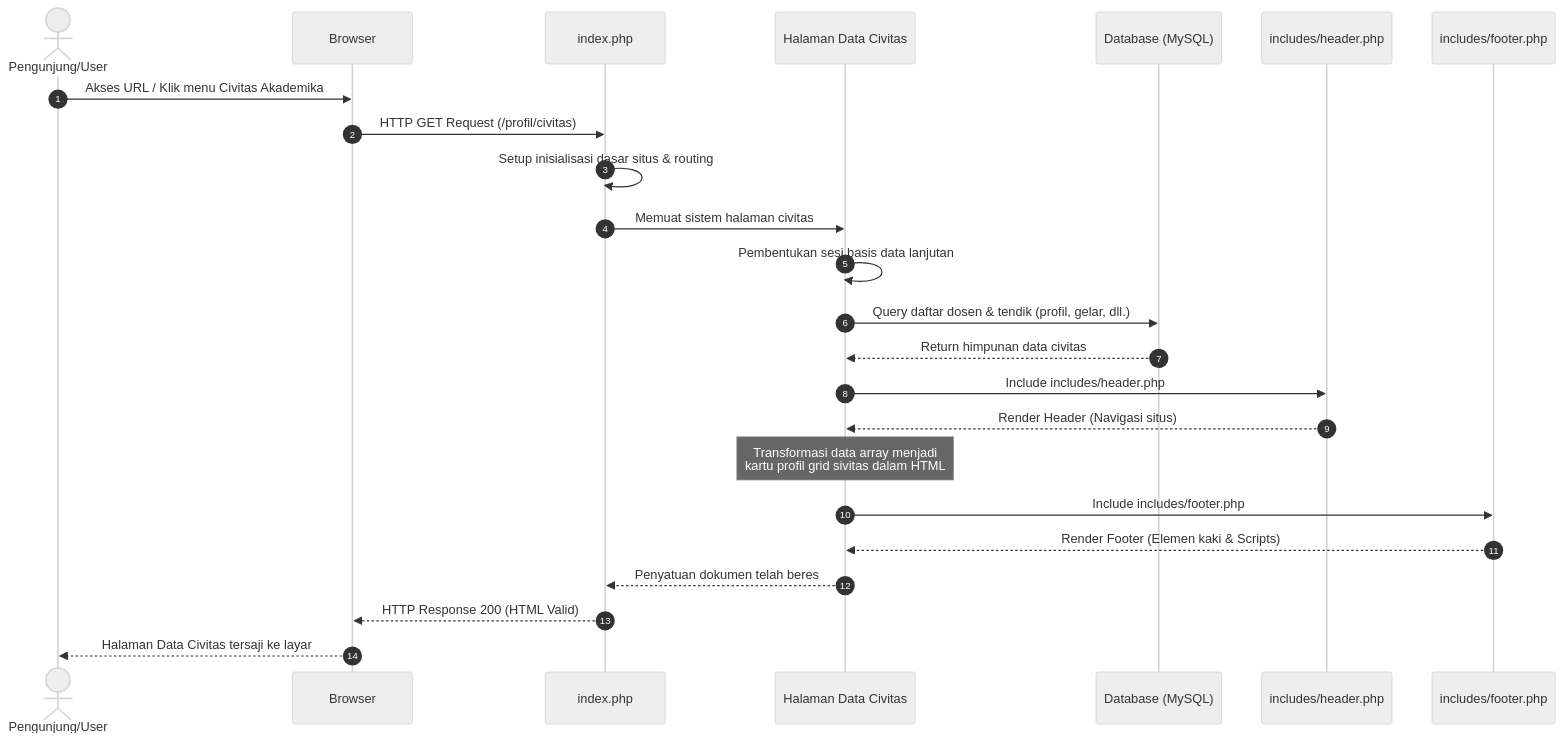
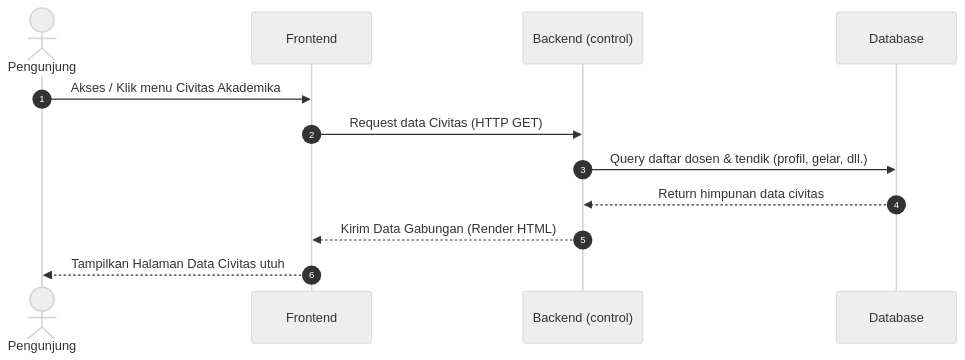
One commit to arbain-dev/Web_fikom changed the second of 5 diagrams in docs/kumpulan_sequence_frontend.md. Above: the diagram before and after it, drawn with Mermaid (neutral theme). The commit also changed other lines of this file and 1 other file, not shown here.

Commit message:
docs: standardisasi arsitektur 3 tier (Frontend, Backend, DB) pada seluruh sequence diagram backend

````diff
--- a/docs/kumpulan_sequence_frontend.md
+++ b/docs/kumpulan_sequence_frontend.md
@@ -27,35 +27,18 @@
 ```mermaid
 sequenceDiagram
     autonumber
     
-    actor User as Pengunjung/User
-    participant Browser
-    participant Index as index.php
-    participant Page as Halaman Data Civitas
-    participant DB as Database (MySQL)
-    participant Header as includes/header.php
-    participant Footer as includes/footer.php
+    actor User as Pengunjung
+    participant Frontend
+    participant Backend as Backend (control)
+    participant DB as Database
 
-    User->>Browser: Akses URL / Klik menu Civitas Akademika
-    Browser->>Index: HTTP GET Request (/profil/civitas)
+    User->>Frontend: Akses / Klik menu Civitas Akademika
+    Frontend->>Backend: Request data Civitas (HTTP GET)
     
-    Index->>Index: Setup inisialisasi dasar situs & routing
-    Index->>Page: Memuat sistem halaman civitas
+    Backend->>DB: Query daftar dosen & tendik (profil, gelar, dll.)
+    DB-->>Backend: Return himpunan data civitas
     
-    Page->>Page: Pembentukan sesi basis data lanjutan
-    
-    Page->>DB: Query daftar dosen & tendik (profil, gelar, dll.)
-    DB-->>Page: Return himpunan data civitas
-    
-    Page->>Header: Include includes/header.php
-    Header-->>Page: Render Header (Navigasi situs)
-    
-    Note over Page: Transformasi data array menjadi<br/>kartu profil grid sivitas dalam HTML
-    
-    Page->>Footer: Include includes/footer.php
-    Footer-->>Page: Render Footer (Elemen kaki & Scripts)
-    
-    Page-->>Index: Penyatuan dokumen telah beres
-    Index-->>Browser: HTTP Response 200 (HTML Valid)
-    Browser-->>User: Halaman Data Civitas tersaji ke layar
+    Backend-->>Frontend: Kirim Data Gabungan (Render HTML)
+    Frontend-->>User: Tampilkan Halaman Data Civitas utuh
 ```
````
